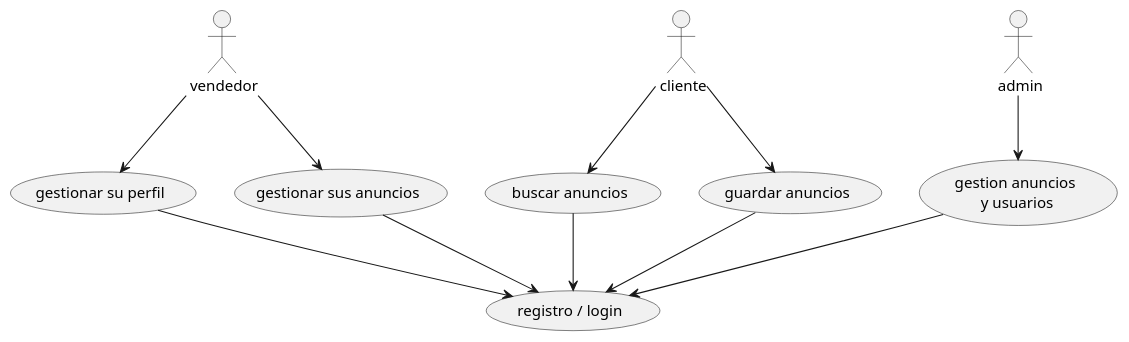
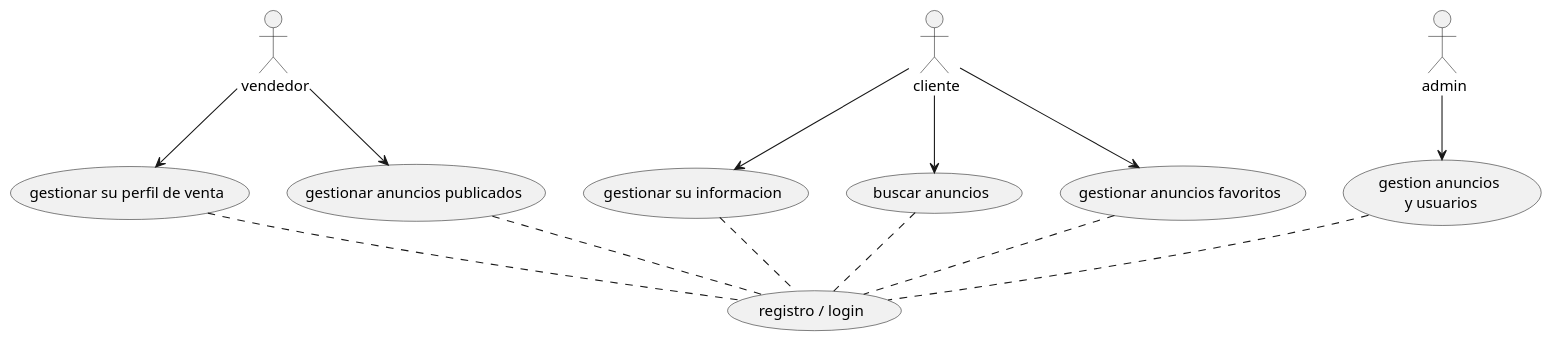
The diagram in docs/diagrama-casos-uso.puml (leoperezhinojosa/inmojaen), drawn with PlantUML before and after one commit. The commit also changed 4 other files, not shown here.

```diff
--- a/docs/diagrama-casos-uso.puml
+++ b/docs/diagrama-casos-uso.puml
@@ -1,27 +1,30 @@
 @startuml Diagrama de Casos de Uso - InmoJaen
 
 usecase (gestion anuncios\n y usuarios) as Proc01
 actor : admin: as Admin
 Admin --> Proc01
 
-usecase (gestionar su perfil) as Proc02
-usecase (gestionar sus anuncios) as Proc03
+usecase (gestionar su perfil de venta) as Proc02
+usecase (gestionar anuncios publicados) as Proc03
 actor : vendedor: as Vendedor
 Vendedor --> Proc02
 Vendedor --> Proc03
 
-usecase (buscar anuncios) as Proc04
-usecase (guardar anuncios) as Proc05
+usecase (gestionar su informacion) as Proc04
+usecase (buscar anuncios) as Proc05
+usecase (gestionar anuncios favoritos) as Proc06
 actor : cliente: as Cliente
 Cliente --> Proc04
 Cliente --> Proc05
+Cliente --> Proc06
 
-usecase ( registro / login ) as Proc06
+usecase ( registro / login ) as Proc07
 
-Proc01 --> Proc06
-Proc02 --> Proc06
-Proc03 --> Proc06
-Proc04 --> Proc06
-Proc05 --> Proc06
+Proc01 .. Proc07
+Proc02 .. Proc07
+Proc03 .. Proc07
+Proc04 .. Proc07
+Proc05 .. Proc07
+Proc06 .. Proc07
 
 @enduml
```
